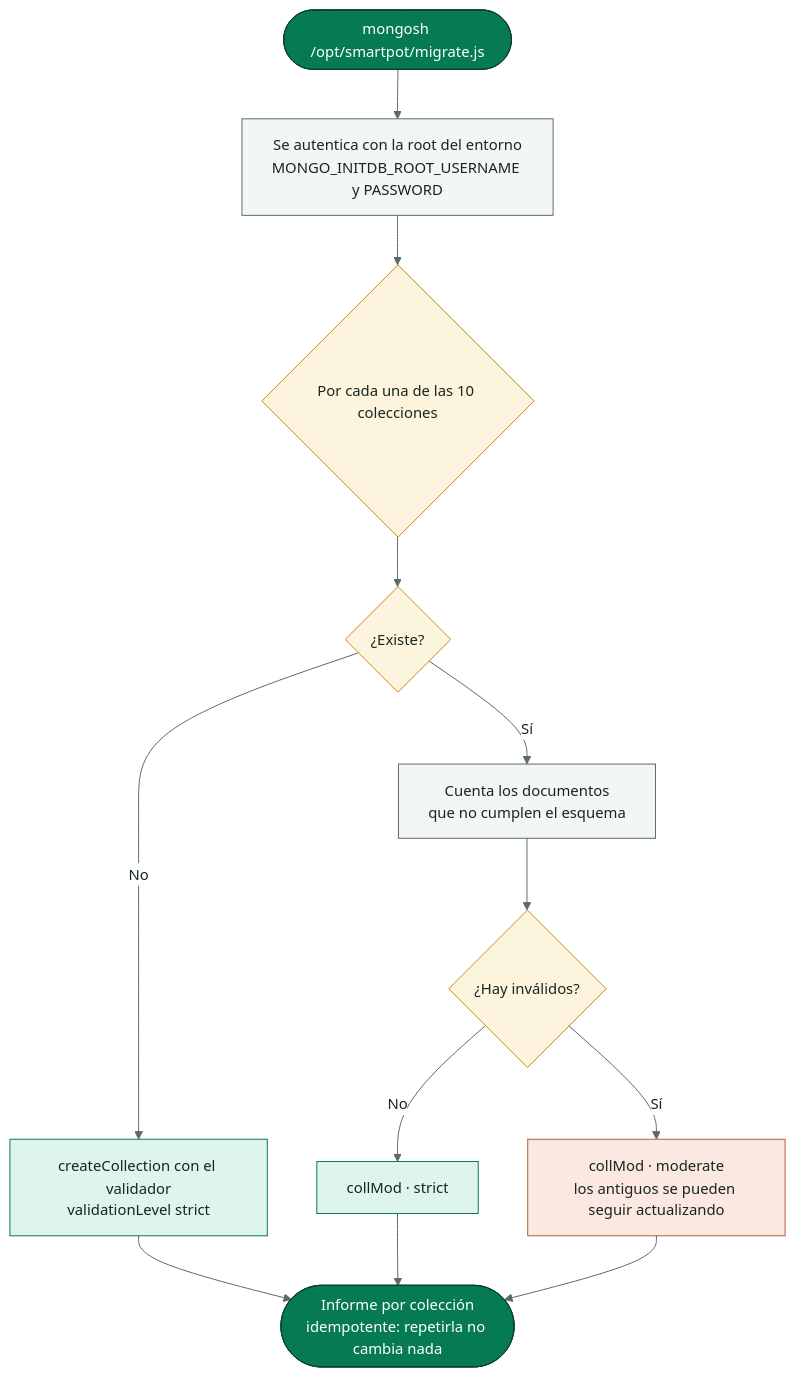
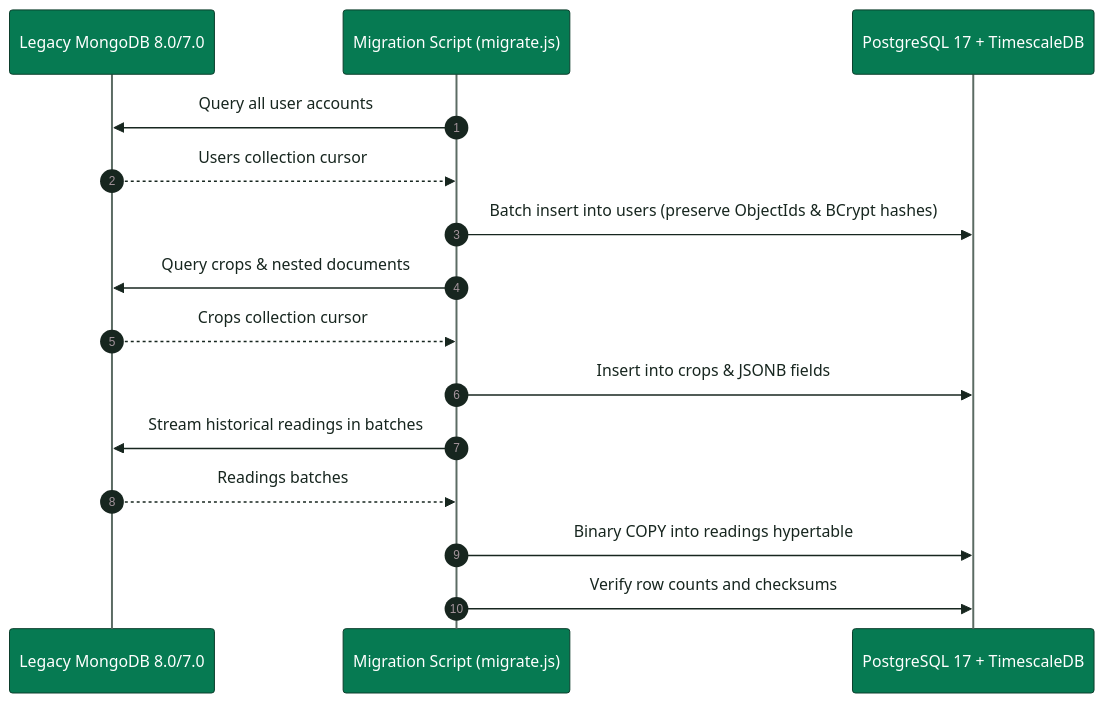
Before and after one commit to SmartPotTech/SmartPot-DB-Mongo: the third of 3 diagrams in docs/SmartPot_DB_Documentation.md, drawn with Mermaid. The commit also changed other lines of this file and 12 other files, not shown here.

Commit message:
docs(specs): standardize legacy english documentation, notices, diagrams, and manuals

````diff
--- a/docs/SmartPot_DB_Documentation.md
+++ b/docs/SmartPot_DB_Documentation.md
@@ -150,25 +137,18 @@
 ```mermaid
 %%{init: {"theme": "base", "fontFamily": "Segoe UI, Arial, sans-serif", "themeVariables": {"fontFamily": "Segoe UI, Arial, sans-serif", "fontSize": "15px", "primaryColor": "#DDF5EA", "primaryTextColor": "#17261F", "primaryBorderColor": "#067A52", "secondaryColor": "#E3F2FB", "secondaryTextColor": "#17261F", "secondaryBorderColor": "#1F6FA0", "tertiaryColor": "#F2F7F4", "tertiaryTextColor": "#17261F", "tertiaryBorderColor": "#D5E3DC", "lineColor": "#5B6B63", "textColor": "#17261F", "mainBkg": "#DDF5EA", "nodeBorder": "#067A52", "clusterBkg": "#F7FAF8", "clusterBorder": "#D5E3DC", "edgeLabelBackground": "#FFFFFF", "actorBkg": "#067A52", "actorBorder": "#0B3D2B", "actorTextColor": "#FFFFFF", "actorLineColor": "#5B6B63", "signalColor": "#17261F", "signalTextColor": "#17261F", "labelBoxBkgColor": "#0B3D2B", "labelBoxBorderColor": "#0B3D2B", "labelTextColor": "#FFFFFF", "loopTextColor": "#0B3D2B", "noteBkgColor": "#FDF4DD", "noteBorderColor": "#C98D12", "noteTextColor": "#17261F", "activationBkgColor": "#DDF5EA", "activationBorderColor": "#067A52", "attributeBackgroundColorOdd": "#FFFFFF", "attributeBackgroundColorEven": "#F2F7F4"}}}%%
-flowchart TB
-  start(["mongosh /opt/smartpot/migrate.js"]) --> auth["Se autentica con la root del entorno<br/>MONGO_INITDB_ROOT_USERNAME y PASSWORD"]
-  auth --> each{"Por cada una de las 10 colecciones"}
-  each --> exists{"¿Existe?"}
-  exists -->|"No"| create["createCollection con el validador<br/>validationLevel strict"]
-  exists -->|"Sí"| count["Cuenta los documentos<br/>que no cumplen el esquema"]
-  count --> invalid{"¿Hay inválidos?"}
-  invalid -->|"No"| strict["collMod · strict"]
-  invalid -->|"Sí"| moderate["collMod · moderate<br/>los antiguos se pueden seguir actualizando"]
-  create & strict & moderate --> report(["Informe por colección<br/>idempotente: repetirla no cambia nada"])
-  classDef leaf fill:#DDF5EA,stroke:#067A52,color:#17261F
-  classDef water fill:#E3F2FB,stroke:#1F6FA0,color:#17261F
-  classDef sun fill:#FDF4DD,stroke:#C98D12,color:#17261F
-  classDef clay fill:#FBE9E1,stroke:#B85A38,color:#17261F
-  classDef core fill:#067A52,stroke:#0B3D2B,color:#FFFFFF
-  classDef deep fill:#0B3D2B,stroke:#06281C,color:#FFFFFF
-  classDef muted fill:#F2F7F4,stroke:#5B6B63,color:#17261F
-  class start,report core
-  class each,exists,invalid sun
-  class auth,count muted
-  class create,strict leaf
-  class moderate clay
+sequenceDiagram
+  autonumber
+  participant M as Legacy MongoDB 8.0/7.0
+  participant MIG as Migration Script (migrate.js)
+  participant PG as PostgreSQL 17 + TimescaleDB
+  MIG->>M: Query all user accounts
+  M-->>MIG: Users collection cursor
+  MIG->>PG: Batch insert into users (preserve ObjectIds & BCrypt hashes)
+  MIG->>M: Query crops & nested documents
+  M-->>MIG: Crops collection cursor
+  MIG->>PG: Insert into crops & JSONB fields
+  MIG->>M: Stream historical readings in batches
+  M-->>MIG: Readings batches
+  MIG->>PG: Binary COPY into readings hypertable
+  MIG->>PG: Verify row counts and checksums
 ```
````
